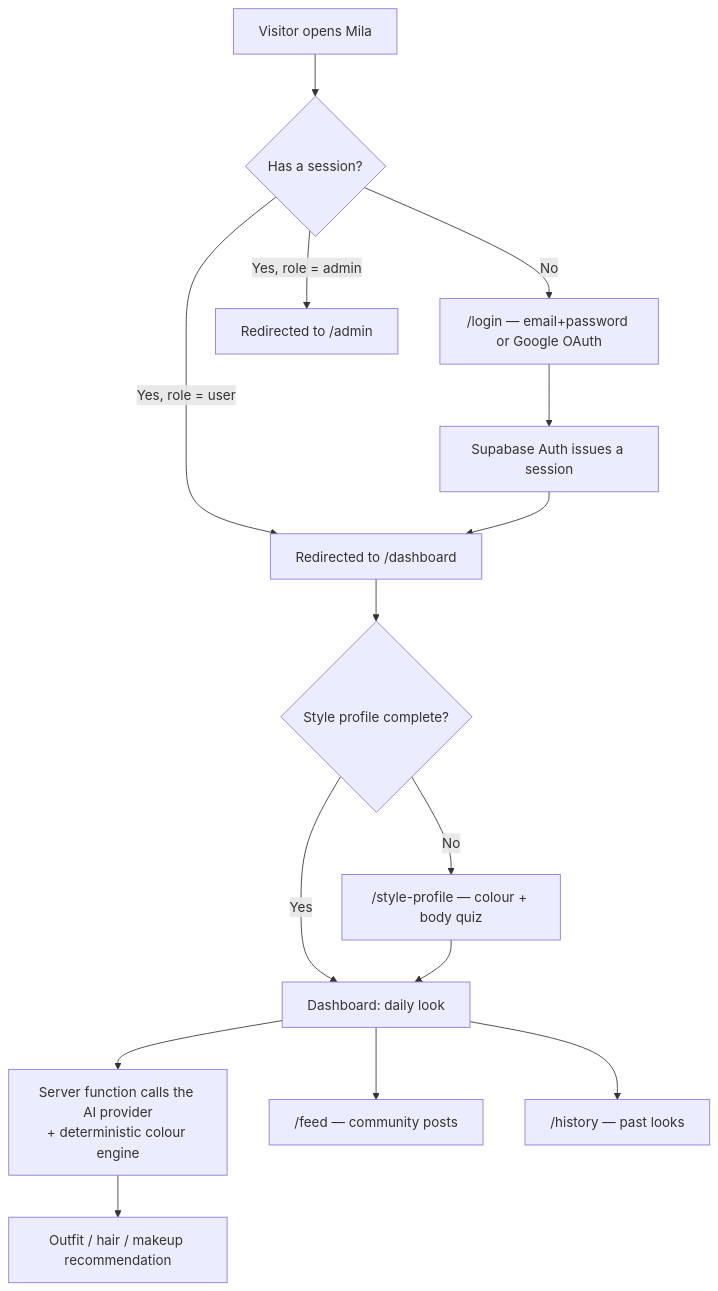
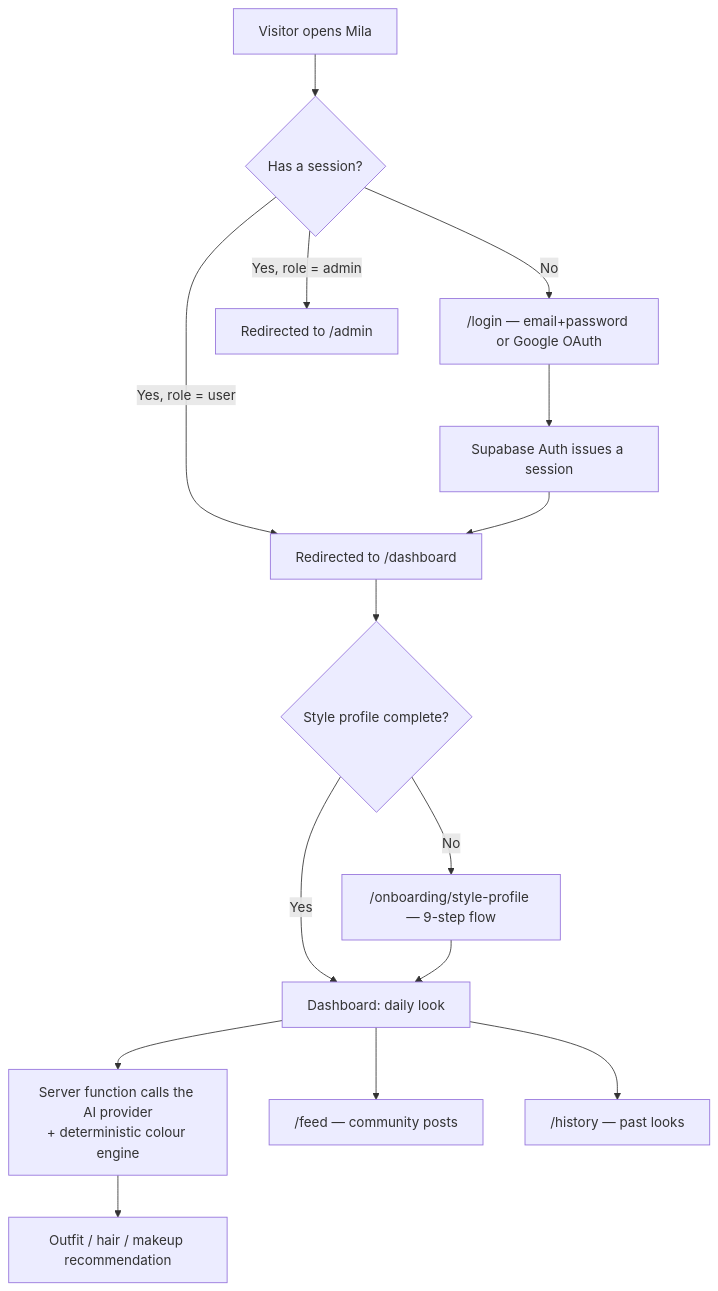
The first of 2 diagrams in README.md (NXT-Official/MILA), drawn with Mermaid before and after one commit. The commit also changed other lines of this file and 2 other files, not shown here.

Commit message:
feat: add onboarding index route with redirect to style profile

````diff
--- a/README.md
+++ b/README.md
@@ -88,17 +88,17 @@
 ```mermaid
 flowchart TD
     A[Visitor opens Mila] --> B{Has a session?}
     B -- No --> C["/login — email+password or Google OAuth"]
     B -- Yes, role = admin --> D2["Redirected to /admin"]
     B -- Yes, role = user --> D["Redirected to /dashboard"]
     C --> E[Supabase Auth issues a session]
     E --> D
     D --> F{Style profile complete?}
-    F -- No --> G["/style-profile — colour + body quiz"]
+    F -- No --> G["/onboarding/style-profile — 9-step flow"]
     F -- Yes --> H[Dashboard: daily look]
     G --> H
     H --> I["Server function calls the AI provider\n+ deterministic colour engine"]
     I --> J[Outfit / hair / makeup recommendation]
     H --> K["/feed — community posts"]
     H --> L["/history — past looks"]
 ```
````
